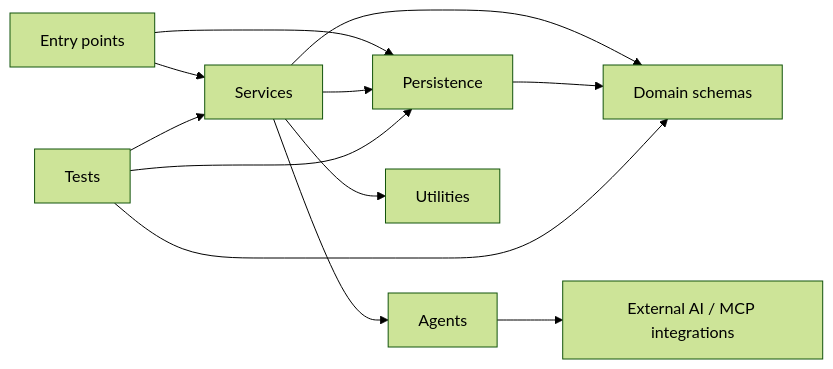
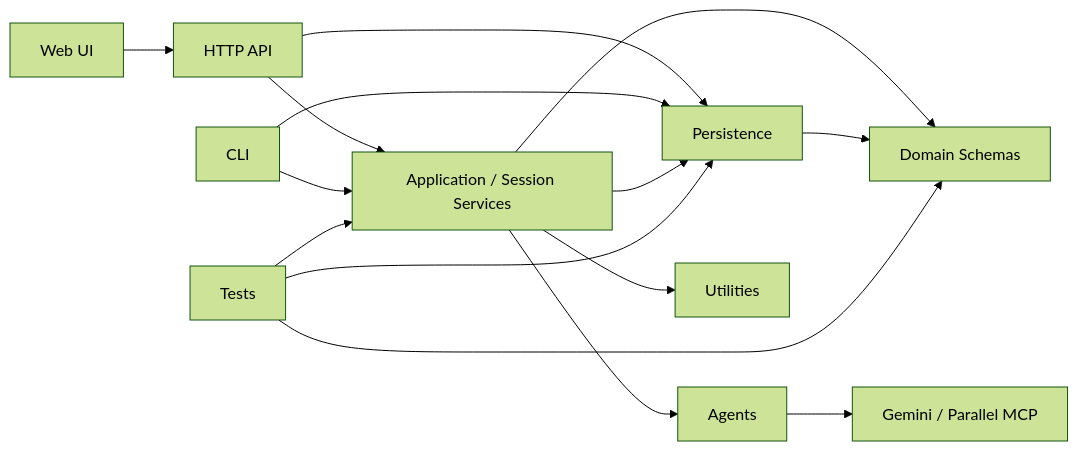
The second of 2 diagrams in docs/architecture/repository-structure.md (amin076/tital), drawn with Mermaid (forest theme) before and after one commit. The commit also changed other lines of this file, not shown here.

Commit message:
docs: include web and API in repository structure

````diff
--- a/docs/architecture/repository-structure.md
+++ b/docs/architecture/repository-structure.md
@@ -194,14 +285,17 @@
 ```mermaid
 graph LR
-    CLI[Entry points] --> S[Services]
-    CLI --> PERS[Persistence]
-    S --> D[Domain schemas]
+    WEB[Web UI] --> API[HTTP API]
+    API --> S[Application / Session Services]
+    API --> PERS[Persistence]
+    CLI[CLI] --> S
+    CLI --> PERS
+    S --> D[Domain Schemas]
     S --> A[Agents]
     S --> PERS
-    A --> I[External AI / MCP integrations]
+    A --> I[Gemini / Parallel MCP]
     S --> U[Utilities]
     PERS --> D
     T[Tests] --> S
     T --> D
     T --> PERS
 ```
````
